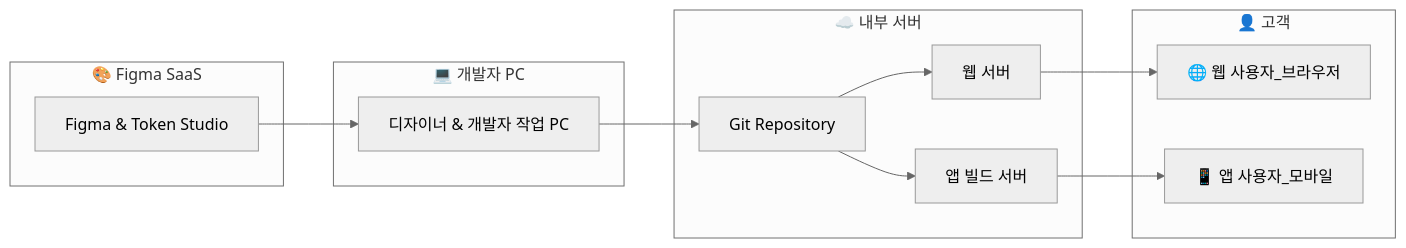
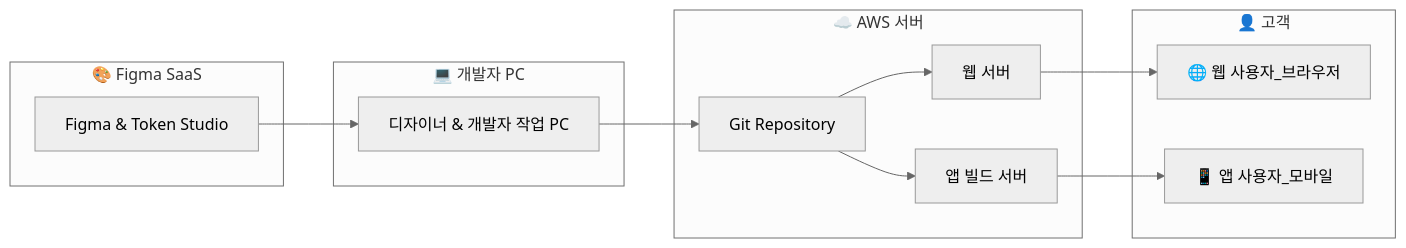
The second of 2 diagrams in README.md (corollazer0/nhcx2025), drawn with Mermaid (neutral theme) before and after one commit.

````diff
--- a/README.md
+++ b/README.md
@@ -60,30 +60,30 @@
 ```mermaid
 flowchart LR
   subgraph SaaS["🎨 Figma SaaS"]
     Figma[Figma & Token Studio]
   end
 
   subgraph Dev["💻 개발자 PC"]
     DevPC[디자이너 & 개발자 작업 PC]
   end
 
-  subgraph Infra["☁️ 내부 서버"]
+  subgraph Infra["☁️ AWS 서버"]
     GitRepo[Git Repository]
     WebServer[웹 서버]
     AppBuild[앱 빌드 서버]
   end
 
   subgraph User["👤 고객"]
     WebUser[🌐 웹 사용자_브라우저]
     AppUser[📱 앱 사용자_모바일]
   end
 
   %% 사용자 흐름
   Figma --> DevPC
   DevPC --> GitRepo
   GitRepo --> WebServer
   GitRepo --> AppBuild
   WebServer --> WebUser
   AppBuild --> AppUser
 
 ```
````
